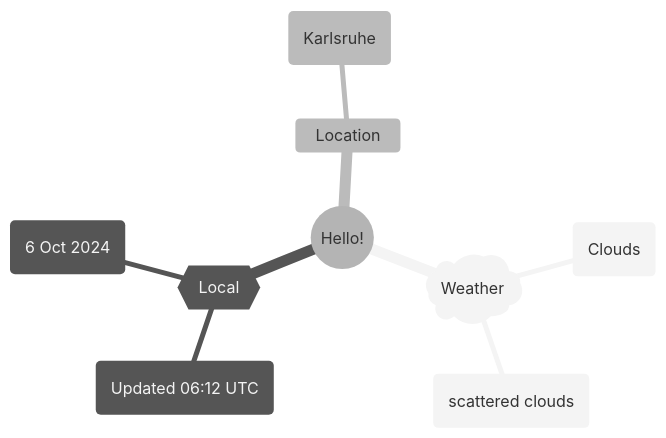
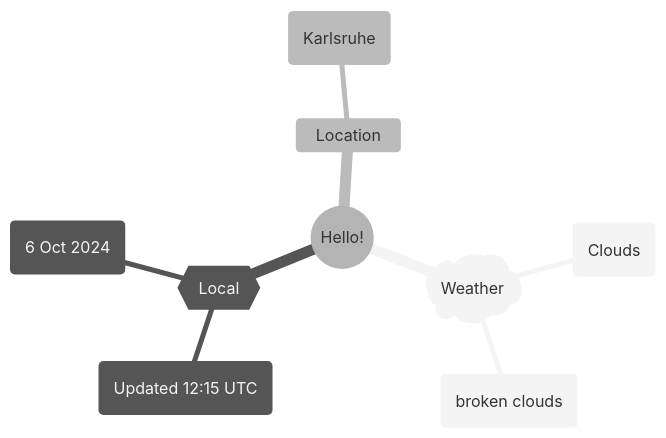
Before and after one commit to Xosrov/Xosrov: the first of 2 diagrams in README.md, drawn with Mermaid (neutral theme).

Commit message:
[bot] updated images

````diff
--- a/README.md
+++ b/README.md
@@ -3,12 +3,12 @@
 ```mermaid
 mindmap
   root((Hello!))
     )Weather(
         (Clouds)
-        (scattered clouds)
+        (broken clouds)
     {{Local}}
-        (Updated 06:12 UTC)
+        (Updated 12:15 UTC)
         (6 Oct 2024)
     Location
         (Karlsruhe)
 ```
````
